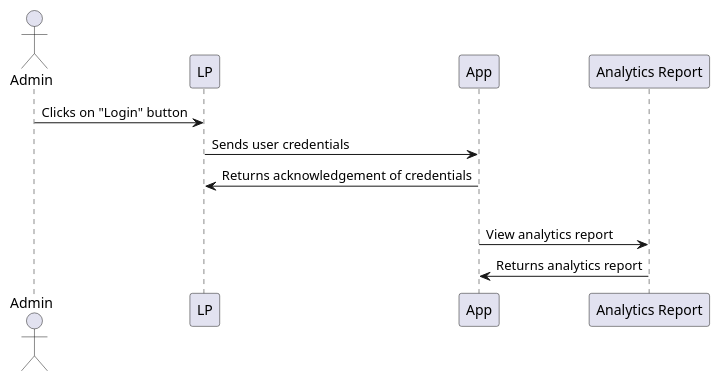
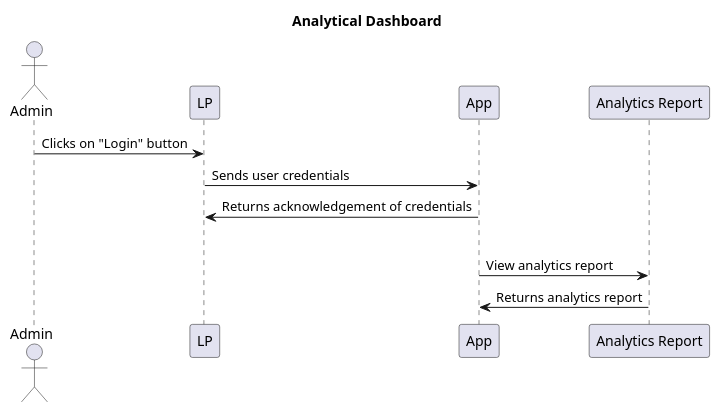
Before and after one commit to Krishnaa-tech/BuzzMaps: the diagram in user stories/Admin/View_Analytics.puml, drawn with PlantUML.

```diff
--- a/user stories/Admin/View_Analytics.puml
+++ b/user stories/Admin/View_Analytics.puml
@@ -1,13 +1,13 @@
 @startuml Report
-
+title Analytical Dashboard
 actor Admin
 
 Admin -> LP: Clicks on "Login" button
 LP -> App: Sends user credentials
 participant "Analytics Report" as AR
 App -> LP: Returns acknowledgement of credentials
 alt User is an admin
     
     App -> AR: View analytics report
     AR -> App: Returns analytics report
 @enduml
```
